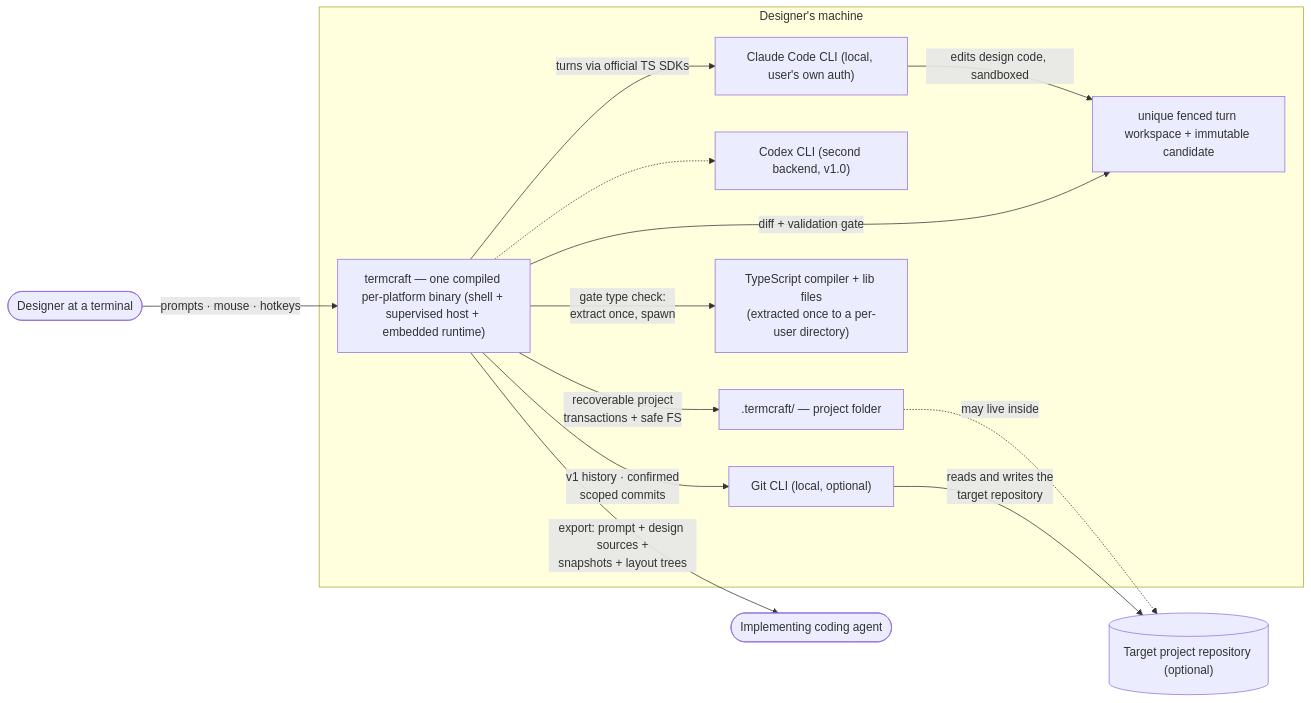
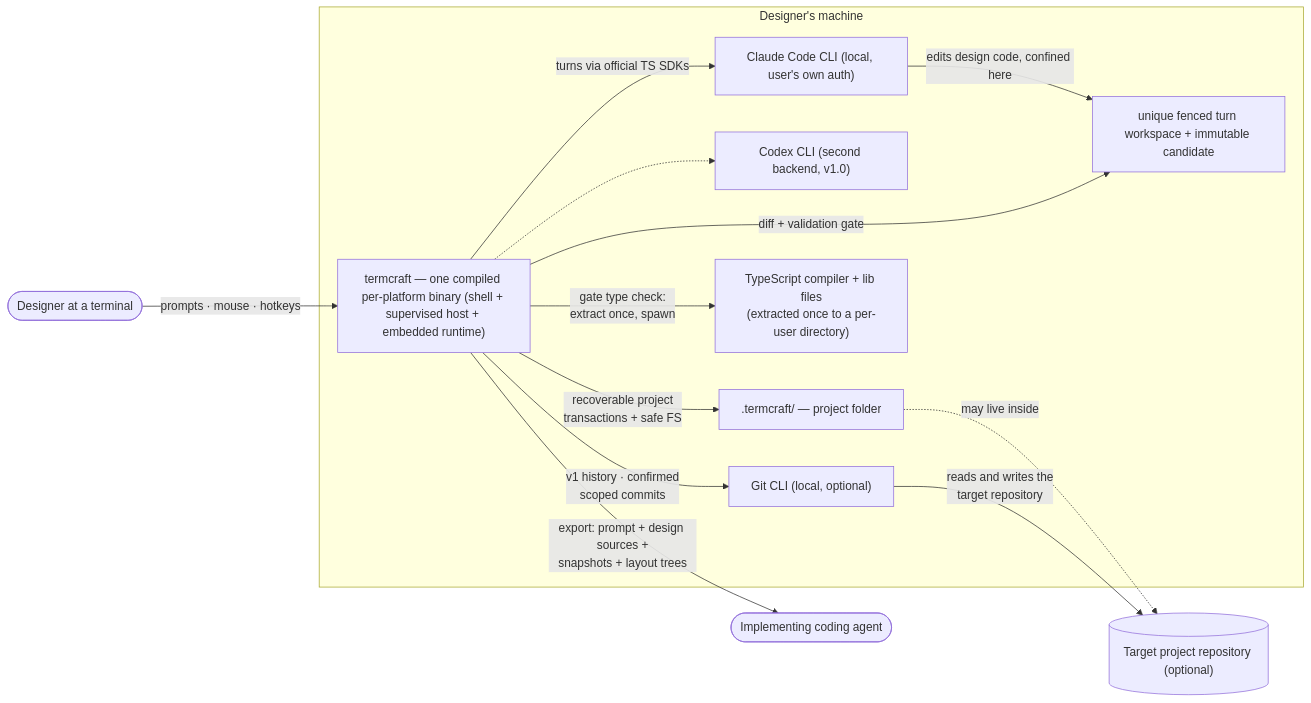
The diagram in docs/architecture/overview.md (khmilevoi/termcraft), drawn with Mermaid before and after one commit. The commit also changed other lines of this file and 12 other files, not shown here.

````diff
--- a/docs/architecture/overview.md
+++ b/docs/architecture/overview.md
@@ -3,27 +3,27 @@
 ```mermaid
 flowchart LR
     designer(["Designer at a terminal"])
     coder(["Implementing coding agent"])
     subgraph machine["Designer's machine"]
         termcraft["termcraft — one compiled per-platform binary (shell + supervised host + embedded runtime)"]
         claudecli["Claude Code CLI (local, user's own auth)"]
         codexcli["Codex CLI (second backend, v1.0)"]
         gitcli["Git CLI (local, optional)"]
         tsc["TypeScript compiler + lib files<br/>(extracted once to a per-user directory)"]
         staging["unique fenced turn workspace + immutable candidate"]
         folder[".termcraft/ — project folder"]
     end
     repo[("Target project repository (optional)")]
 
     designer -- "prompts · mouse · hotkeys" --> termcraft
     termcraft -- "turns via official TS SDKs" --> claudecli
     termcraft -.-> codexcli
-    claudecli -- "edits design code, sandboxed" --> staging
+    claudecli -- "edits design code, confined here" --> staging
     termcraft -- "diff + validation gate" --> staging
     termcraft -- "gate type check:<br/>extract once, spawn" --> tsc
     termcraft -- "recoverable project<br/>transactions + safe FS" --> folder
     folder -. "may live inside" .-> repo
     termcraft -- "v1 history · confirmed<br/>scoped commits" --> gitcli
     gitcli -- "reads and writes the<br/>target repository" --> repo
     termcraft -- "export: prompt + design sources +<br/>snapshots + layout trees" --> coder
 ```
````
